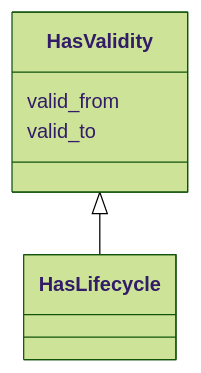
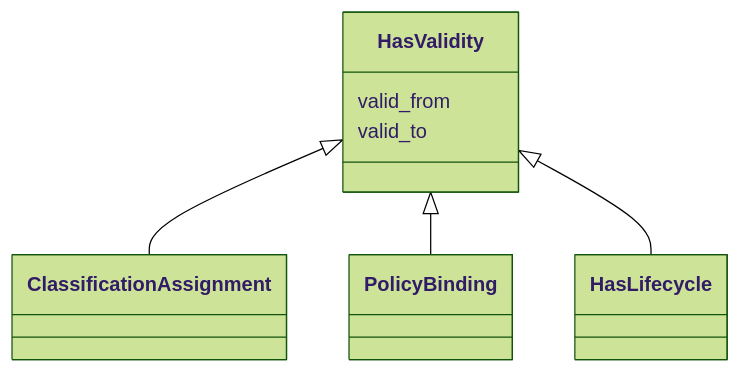
Before and after one commit to oista/moex-data-model: the diagram in generated/artifacts/moex-dams/0.1/diagrams/HasValidity.md, drawn with Mermaid (forest theme). The commit also changed 27 other files, not shown here.

Commit message:
feat(dams): HasValidity on assignments/bindings; drop duplicate HasLifecycle (PR-4)

````diff
--- a/generated/artifacts/moex-dams/0.1/diagrams/HasValidity.md
+++ b/generated/artifacts/moex-dams/0.1/diagrams/HasValidity.md
@@ -4,13 +4,17 @@
 ```mermaid
  classDiagram
     class HasValidity
     click HasValidity href "../HasValidity"
+      HasValidity <|-- ClassificationAssignment
+        click ClassificationAssignment href "../ClassificationAssignment"
+      HasValidity <|-- PolicyBinding
+        click PolicyBinding href "../PolicyBinding"
       HasValidity <|-- HasLifecycle
         click HasLifecycle href "../HasLifecycle"
       
       HasValidity : valid_from
         
       HasValidity : valid_to
         
       
 ```
````
